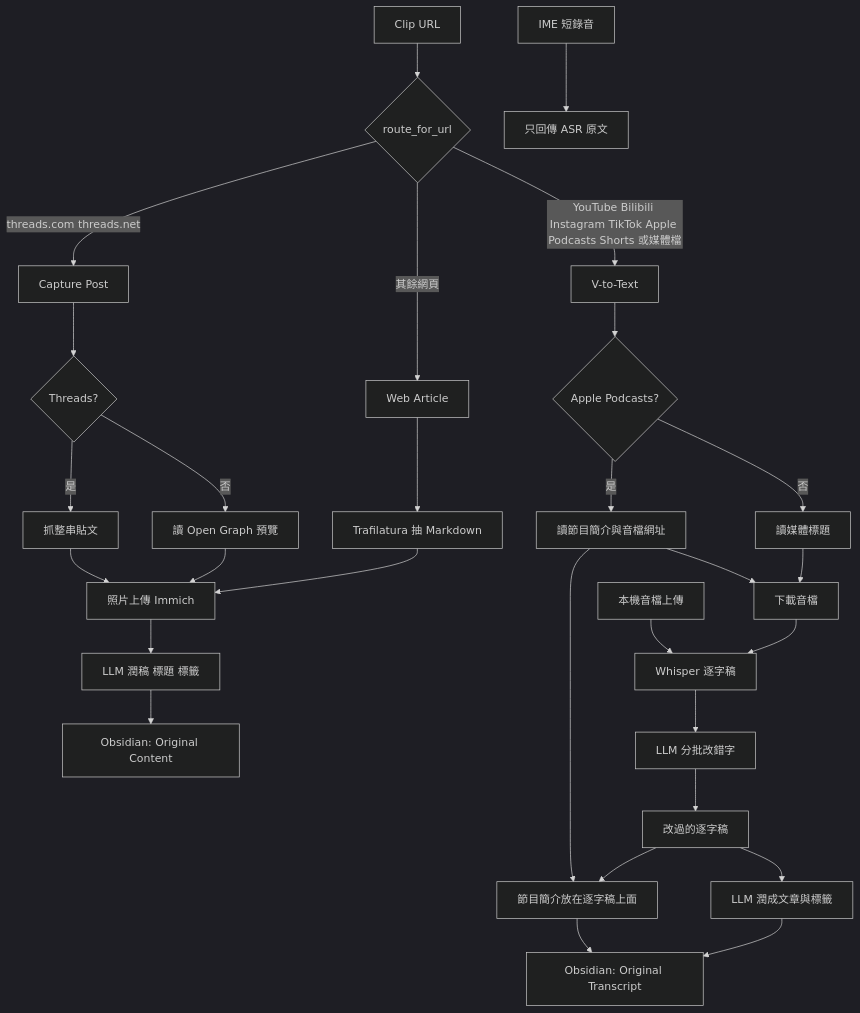
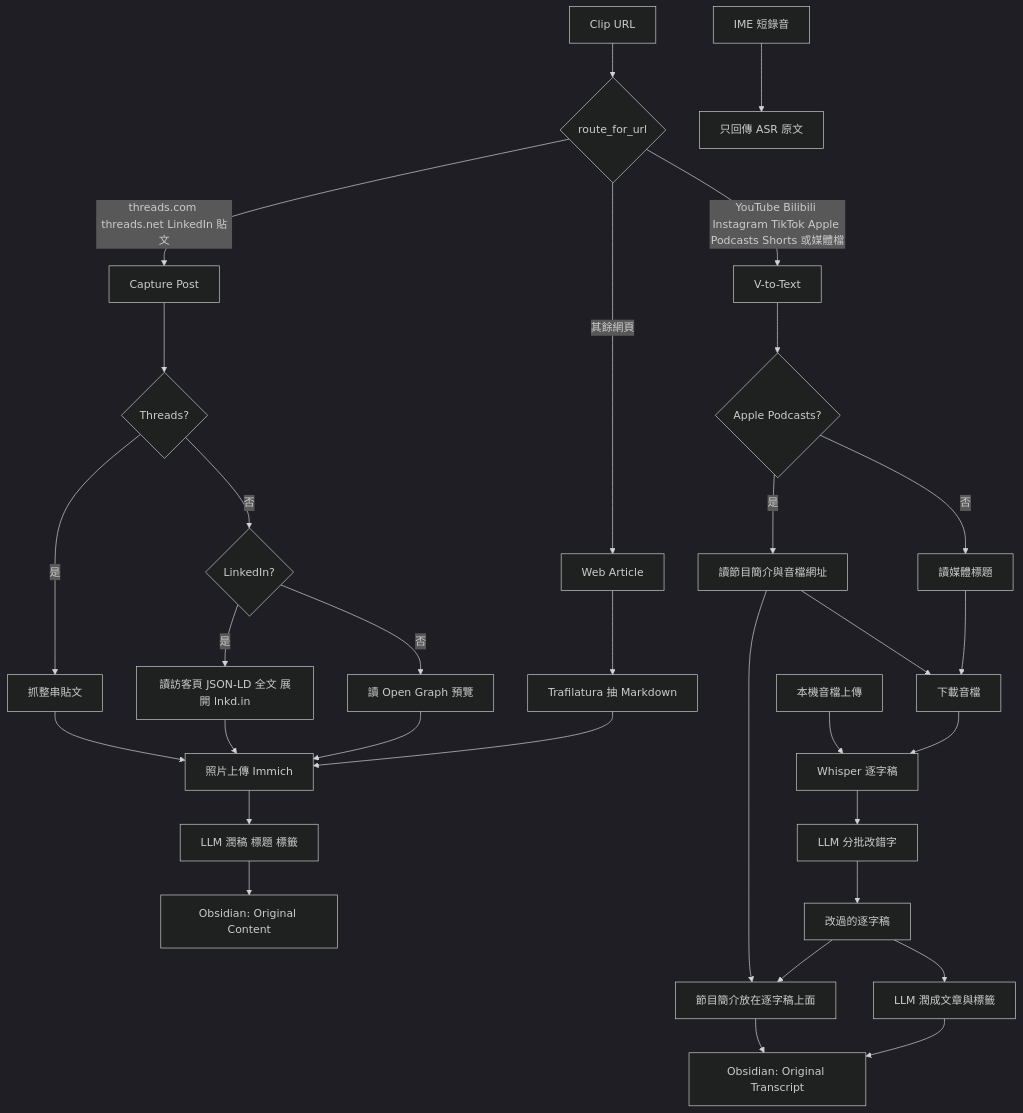
The diagram in docs/media-paths.md (dougpuob/airtype), drawn with Mermaid (dark theme) before and after one commit. The commit also changed other lines of this file and 10 other files, not shown here.

First line of the commit message:
feat(webui): capture LinkedIn posts and Whisper Threads videos

````diff
--- a/docs/media-paths.md
+++ b/docs/media-paths.md
@@ -5,38 +5,41 @@
 ```mermaid
 flowchart TD
   url[Clip URL]
   route{route_for_url}
   url --> route
 
-  route -->|threads.com threads.net| post[Capture Post]
+  route -->|threads.com threads.net LinkedIn 貼文| post[Capture Post]
   route -->|YouTube Bilibili Instagram TikTok Apple Podcasts Shorts 或媒體檔| voice[V-to-Text]
   route -->|其餘網頁| article[Web Article]
 
   post --> threads{Threads?}
   threads -->|是| chain[抓整串貼文]
-  threads -->|否| og[讀 Open Graph 預覽]
+  threads -->|否| linkedin{LinkedIn?}
+  linkedin -->|是| guest[讀訪客頁 JSON-LD 全文 展開 lnkd.in]
+  linkedin -->|否| og[讀 Open Graph 預覽]
   chain --> photos[照片上傳 Immich]
+  guest --> photos
   og --> photos
   photos --> polish[LLM 潤稿 標題 標籤]
   polish --> notePost["Obsidian: Original Content"]
 
   article --> traf[Trafilatura 抽 Markdown]
   traf --> photos
 
   voice --> apple{Apple Podcasts?}
   apple -->|是| notes[讀節目簡介與音檔網址]
   apple -->|否| title[讀媒體標題]
   notes --> download[下載音檔]
   title --> download
   upload[本機音檔上傳] --> whisper
   download --> whisper[Whisper 逐字稿]
   whisper --> typo[LLM 分批改錯字]
   typo --> spoken[改過的逐字稿]
   notes --> preface[節目簡介放在逐字稿上面]
   spoken --> preface
   spoken --> articleLlm[LLM 潤成文章與標籤]
   preface --> noteVoice["Obsidian: Original Transcript"]
   articleLlm --> noteVoice
 
   ime[IME 短錄音] --> raw[只回傳 ASR 原文]
 ```
````
